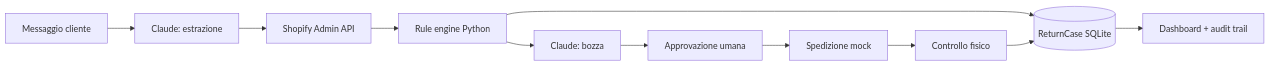
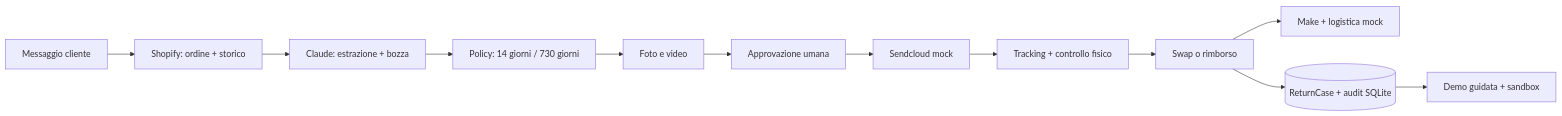
One commit to lore707/customer-return-agent-prototype changed the diagram in docs/return-agent-architecture.md. Above: the diagram before and after it, drawn with Mermaid. The commit also changed other lines of this file and 28 other files, not shown here.

````diff
--- a/docs/return-agent-architecture.md
+++ b/docs/return-agent-architecture.md
@@ -5,13 +5,14 @@
 ```mermaid
 flowchart LR
-    C[Messaggio cliente] --> AI[Claude: estrazione]
-    AI --> SH[Shopify Admin API]
-    SH --> RE[Rule engine Python]
-    RE --> DB[(ReturnCase SQLite)]
-    RE --> DR[Claude: bozza]
-    DR --> H[Approvazione umana]
-    H --> MS[Spedizione mock]
-    MS --> WH[Controllo fisico]
-    WH --> DB
-    DB --> UI[Dashboard + audit trail]
+    C[Messaggio cliente] --> SH[Shopify: ordine + storico]
+    SH --> AI[Claude: estrazione + bozza]
+    AI --> RE[Policy: 14 giorni / 730 giorni]
+    RE --> EV[Foto e video]
+    EV --> H[Approvazione umana]
+    H --> SC[Sendcloud mock]
+    SC --> WH[Tracking + controllo fisico]
+    WH --> RS[Swap o rimborso]
+    RS --> MK[Make + logistica mock]
+    RS --> DB[(ReturnCase + audit SQLite)]
+    DB --> UI[Demo guidata + sandbox]
 ```
````
